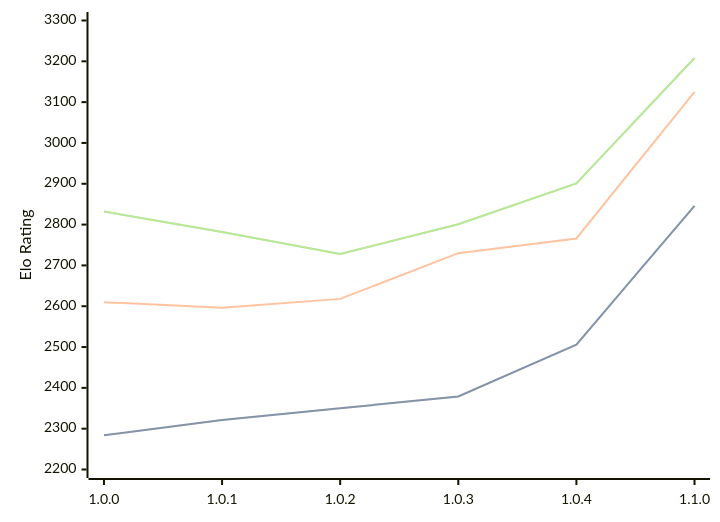
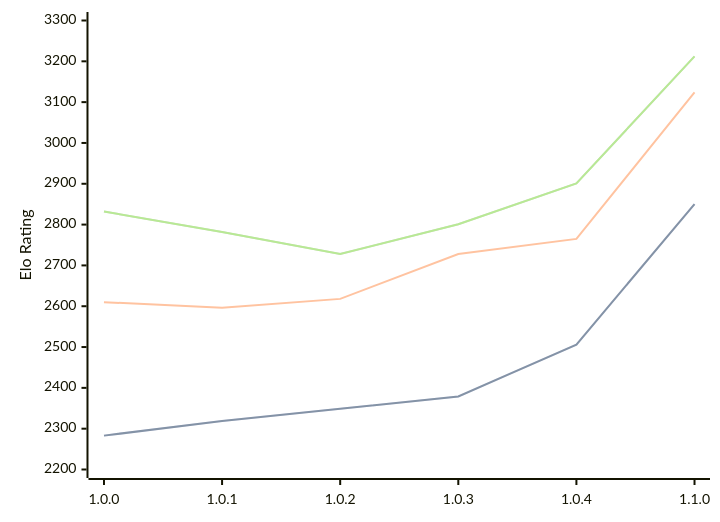
Before and after one commit to computer-chess-index/cci: the diagram in engines/Grail.md, drawn with Mermaid. The commit also changed other lines of this file, not shown here.

Commit message:
Update CCI Ratings (ELO VLTC) - 2026-03-05

````diff
--- a/engines/Grail.md
+++ b/engines/Grail.md
@@ -34,11 +34,11 @@
 ```mermaid
 %%{init: {"theme":"base","themeVariables":{"seriesColors:['#a3a3a3','#222221','#faa371']}}}%%
 xychart-beta
   x-axis ["1.0.0", "1.0.1", "1.0.2", "1.0.3", "1.0.4", "1.1.0"]
   y-axis "Elo Rating" 2200 --> 3300
-  line "STC (8.0+0.08s)" [2284, 2321, 2350, 2379, 2506, 2846]
-  line "STC (8.0+0.08s)" [2284, 2321, 2350, 2379, 2506, 2846]
-  line "LTC (60.0+0.60s)" [2610, 2596, 2618, 2730, 2766, 3125]
-  line "VLTC (2m24s+1.12s)" [2832, 2782, 2728, 2801, 2901, 3208]
-  line "VLTC (2m24s+1.12s)" [2832, 2782, 2728, 2801, 2901, 3208]
+  line "STC (8.0+0.08s)" [2283, 2319, 2349, 2379, 2506, 2850]
+  line "STC (8.0+0.08s)" [2283, 2319, 2349, 2379, 2506, 2850]
+  line "LTC (60.0+0.60s)" [2610, 2596, 2618, 2728, 2765, 3124]
+  line "VLTC (2m24s+1.12s)" [2832, 2782, 2728, 2801, 2901, 3212]
+  line "VLTC (2m24s+1.12s)" [2832, 2782, 2728, 2801, 2901, 3212]
 ```
````
